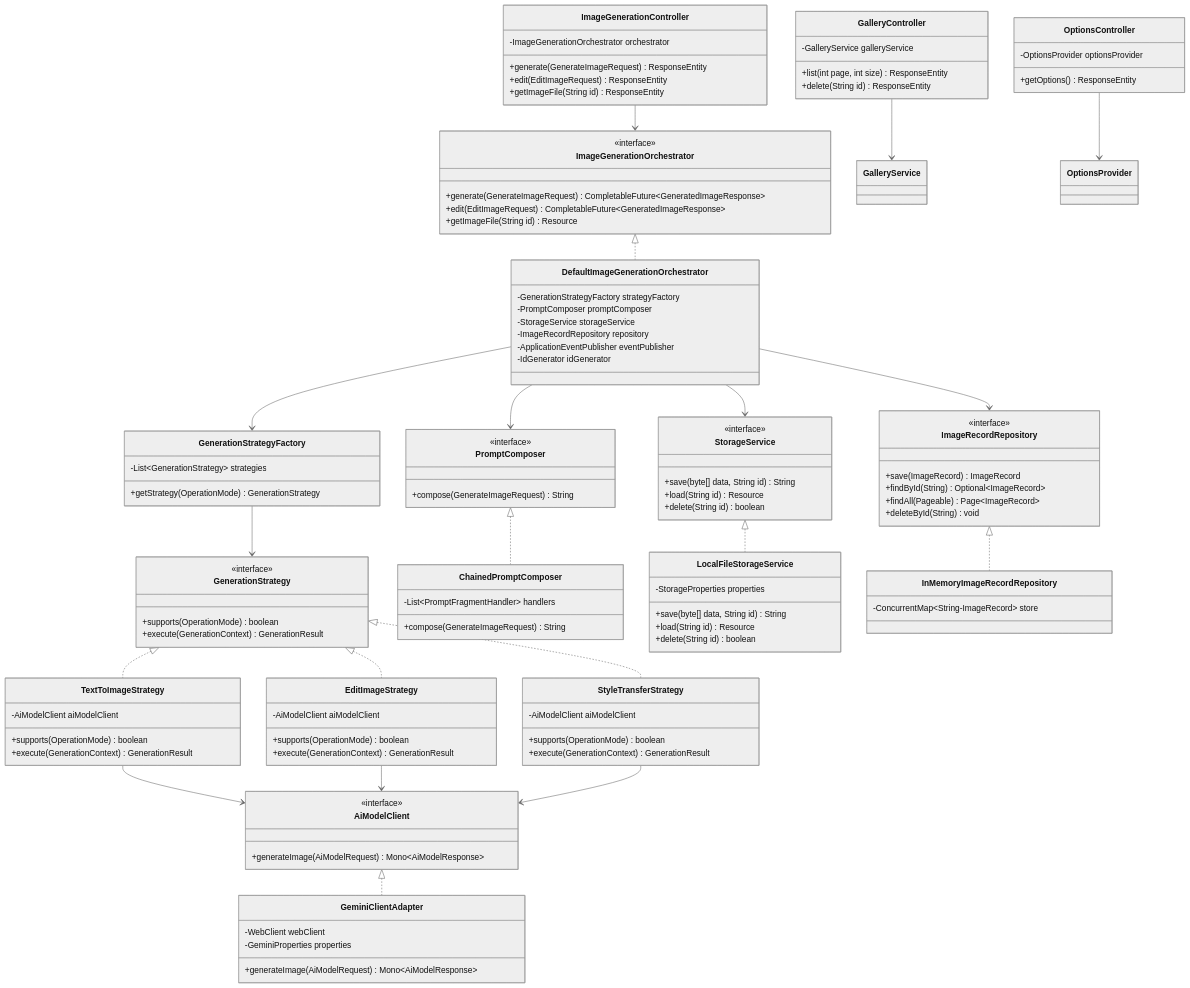
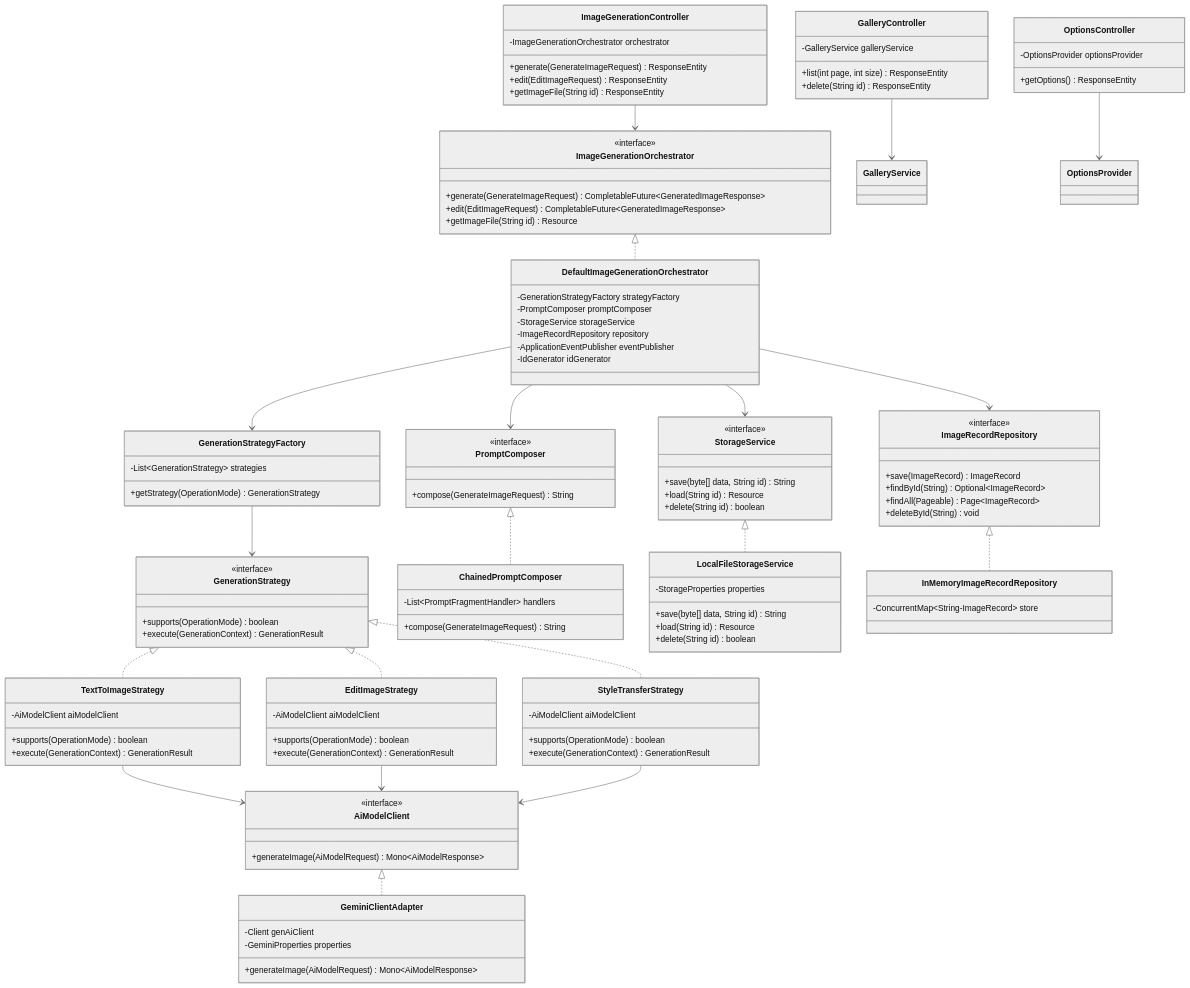
The first of 3 diagrams in docs/specs/lld.md (nitin737/Zero-Prompt-Creative-Studio), drawn with Mermaid (neutral theme) before and after one commit. The commit also changed other lines of this file and 17 other files, not shown here.

```diff
--- a/docs/specs/lld.md
+++ b/docs/specs/lld.md
@@ -147,7 +147,7 @@
     }
 
     class GeminiClientAdapter {
-        -WebClient webClient
+        -Client genAiClient
         -GeminiProperties properties
         +generateImage(AiModelRequest) Mono~AiModelResponse~
     }
```
